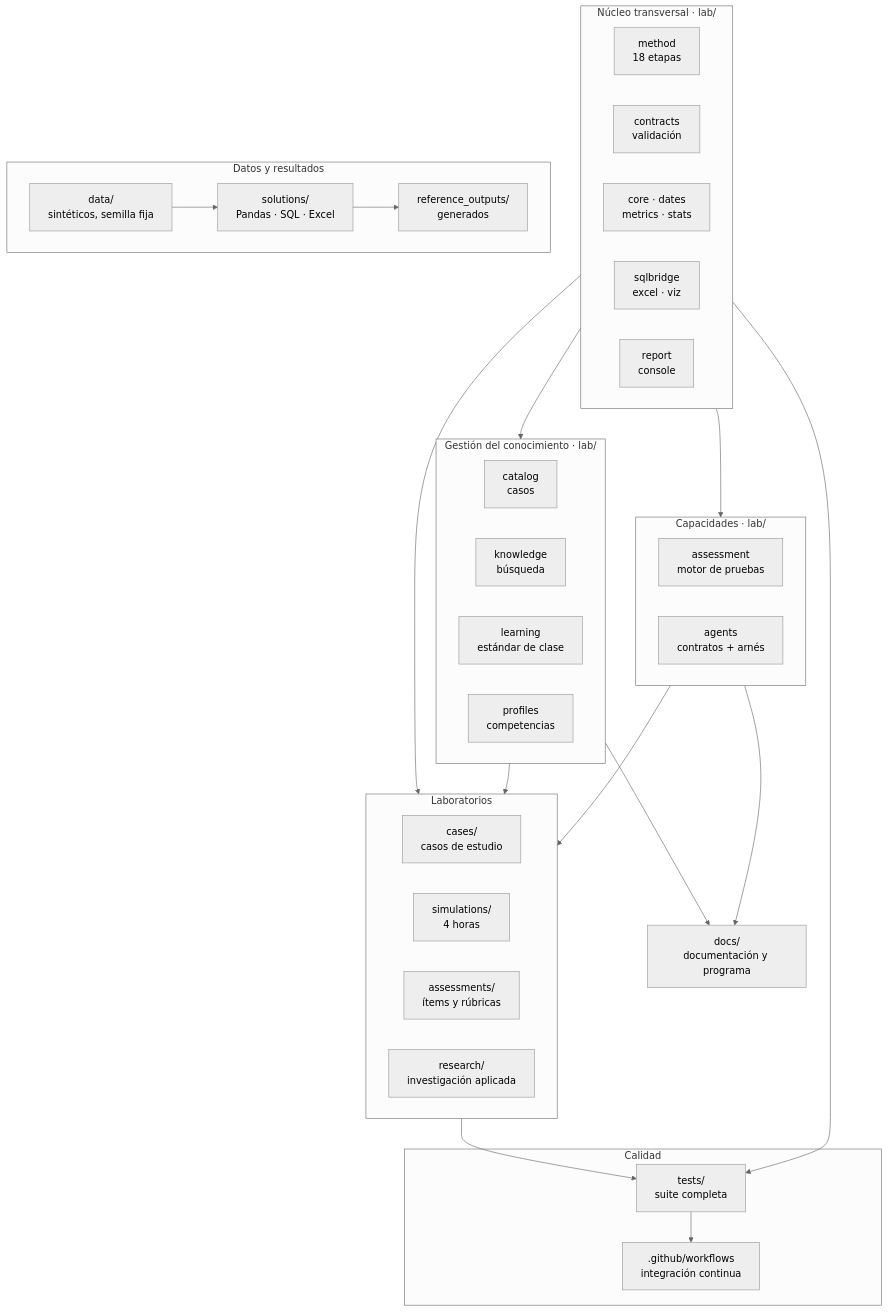
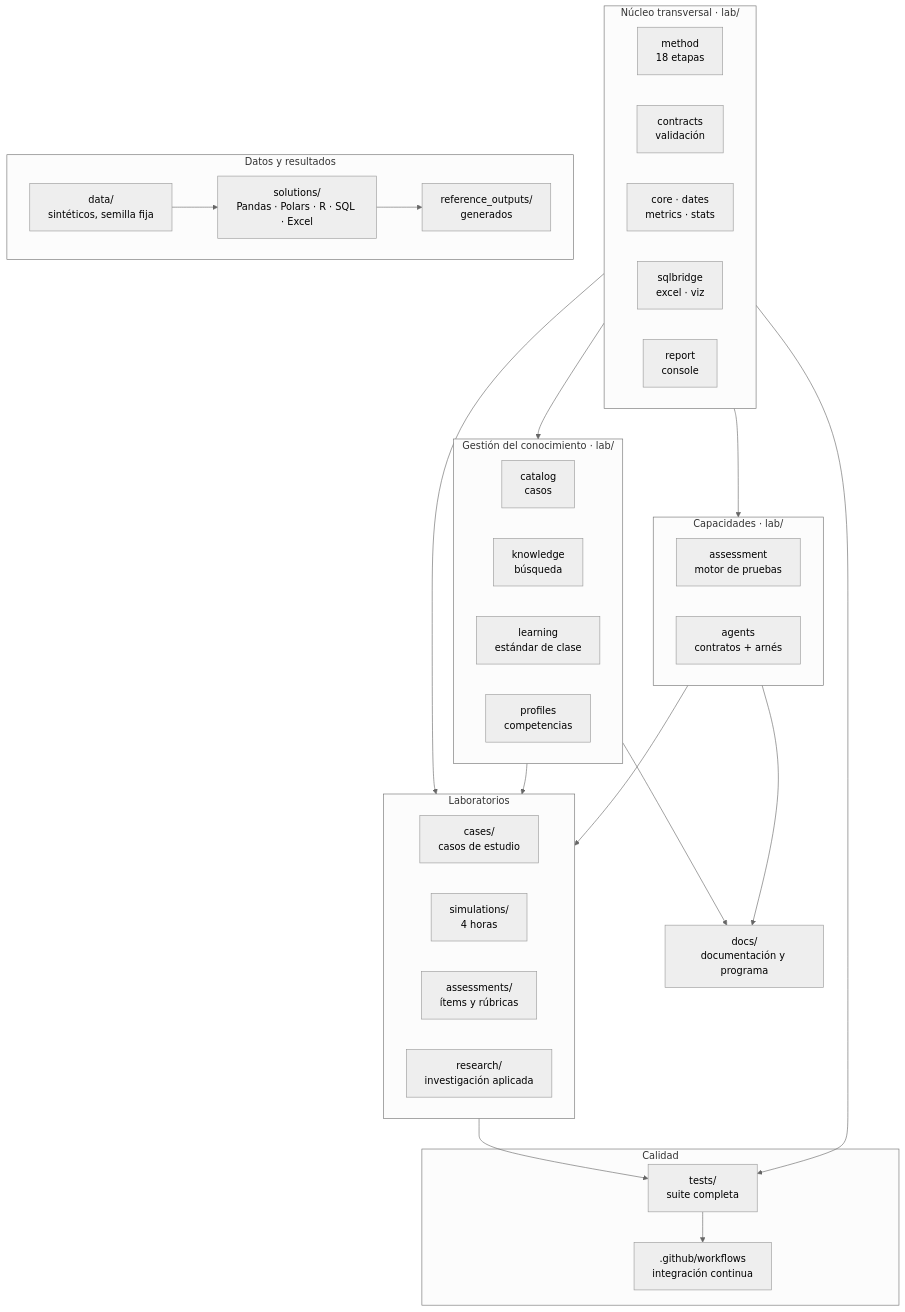
One commit to vladimiracunadev-create/applied-data-analysis-and-assessment-lab changed the first of 2 diagrams in docs/arquitectura.md. Above: the diagram before and after it, drawn with Mermaid (neutral theme). The commit also changed other lines of this file and 61 other files, not shown here.

````diff
--- a/docs/arquitectura.md
+++ b/docs/arquitectura.md
@@ -23,55 +23,55 @@
 ```mermaid
 flowchart TB
     subgraph nucleo["Núcleo transversal · lab/"]
         direction LR
         metodo["method<br/>18 etapas"]
         contratos["contracts<br/>validación"]
         motor["core · dates<br/>metrics · stats"]
         puentes["sqlbridge<br/>excel · viz"]
         salida["report<br/>console"]
     end
 
     subgraph gestion["Gestión del conocimiento · lab/"]
         catalogo["catalog<br/>casos"]
         saber["knowledge<br/>búsqueda"]
         programa["learning<br/>estándar de clase"]
         perfilesmod["profiles<br/>competencias"]
     end
 
     subgraph capacidades["Capacidades · lab/"]
         evaluaciones["assessment<br/>motor de pruebas"]
         agentes["agents<br/>contratos + arnés"]
     end
 
     subgraph laboratorios["Laboratorios"]
         casos["cases/<br/>casos de estudio"]
         simulaciones["simulations/<br/>4 horas"]
         banco["assessments/<br/>ítems y rúbricas"]
         investigacion["research/<br/>investigación aplicada"]
     end
 
     subgraph datos["Datos y resultados"]
         crudos["data/<br/>sintéticos, semilla fija"]
-        soluciones["solutions/<br/>Pandas · SQL · Excel"]
+        soluciones["solutions/<br/>Pandas · Polars · R · SQL · Excel"]
         resultados["reference_outputs/<br/>generados"]
     end
 
     subgraph calidad["Calidad"]
         pruebas["tests/<br/>suite completa"]
         ci[".github/workflows<br/>integración continua"]
     end
 
     nucleo --> laboratorios
     nucleo --> gestion
     nucleo --> capacidades
     gestion --> laboratorios
     capacidades --> laboratorios
     crudos --> soluciones
     soluciones --> resultados
     laboratorios --> pruebas
     nucleo --> pruebas
     pruebas --> ci
     docs["docs/<br/>documentación y programa"]
     gestion --> docs
     capacidades --> docs
 ```
````
